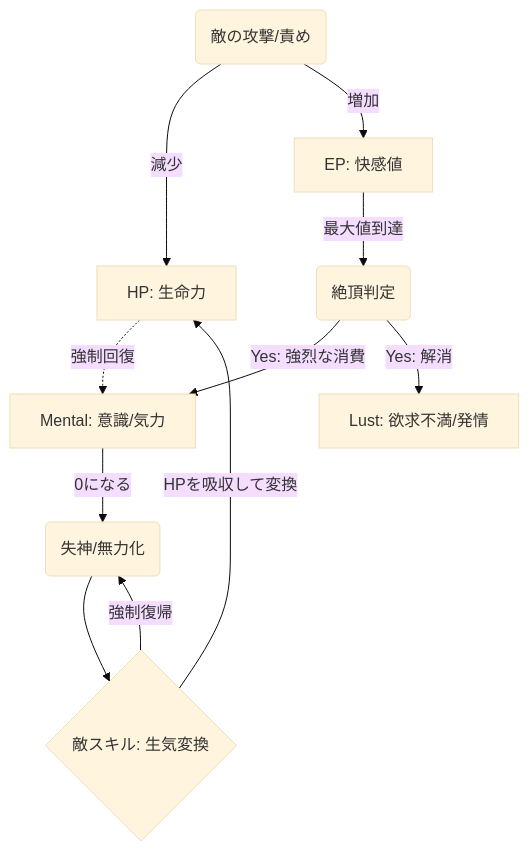
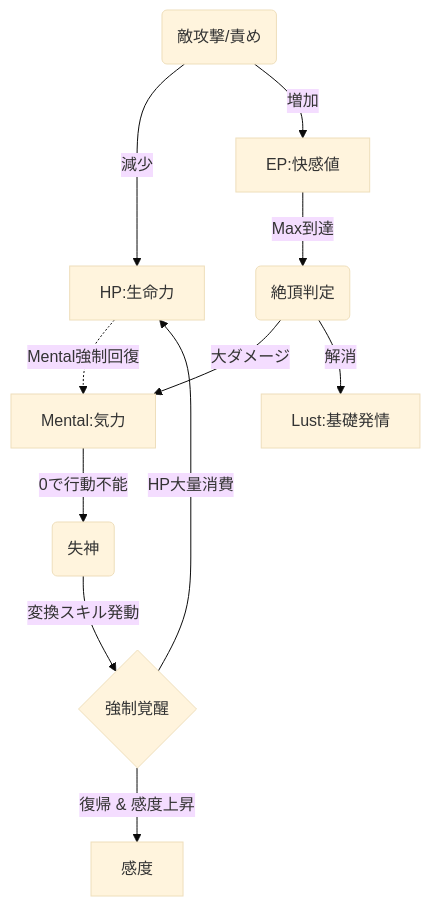
One commit to pakchi2016/DungeonMaster changed the first of 3 diagrams in README.md. Above: the diagram before and after it, drawn with Mermaid (base theme). The commit also changed other lines of this file, not shown here.

````diff
--- a/README.md
+++ b/README.md
@@ -14,26 +20,24 @@
 ```mermaid
-graph TD;
+graph TD
     %% パラメータ定義
-    HP[HP: 生命力]
-    Mental[Mental: 意識/気力]
-    EP[EP: 快感値]
-    Lust[Lust: 欲求不満/発情]
+    HP[HP:生命力]
+    Mental[Mental:気力]
+    EP[EP:快感値]
+    Lust[Lust:基礎発情]
 
-    %% 処理フロー
-    Damage(敵の攻撃/責め) -->|減少| HP
+    %% 生存サイクル
+    Damage(敵攻撃/責め) -->|減少| HP
     Damage -->|増加| EP
     
-    EP -->|最大値到達| Orgasm(絶頂判定)
-    
-    Orgasm -->|Yes: 強烈な消費| Mental
-    Orgasm -->|Yes: 解消| Lust
-    
-    Mental -->|0になる| Faint(失神/無力化)
-    
-    %% 特殊ギミック: 生気変換
-    EnemySkill{敵スキル: 生気変換}
-    Faint --> EnemySkill
-    EnemySkill -->|HPを吸収して変換| HP
-    HP -.->|強制回復| Mental
-    EnemySkill -->|強制復帰| Faint
+    %% 生気変換ギミック
+    Mental -->|0で行動不能| Faint(失神)
+    Faint -->|変換スキル発動| Awakening{強制覚醒}
+    Awakening -->|HP大量消費| HP
+    HP -.->|Mental強制回復| Mental
+    Awakening -->|復帰 & 感度上昇| Sensitivity[感度]
+
+    %% 快楽サイクル
+    EP -->|Max到達| Orgasm(絶頂判定)
+    Orgasm -->|大ダメージ| Mental
+    Orgasm -->|解消| Lust
 ```
````
